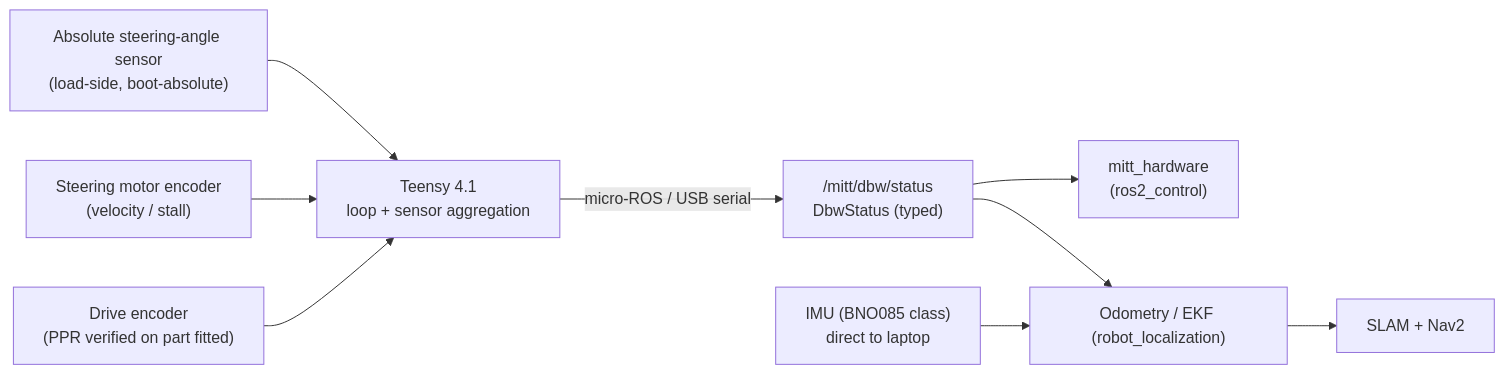
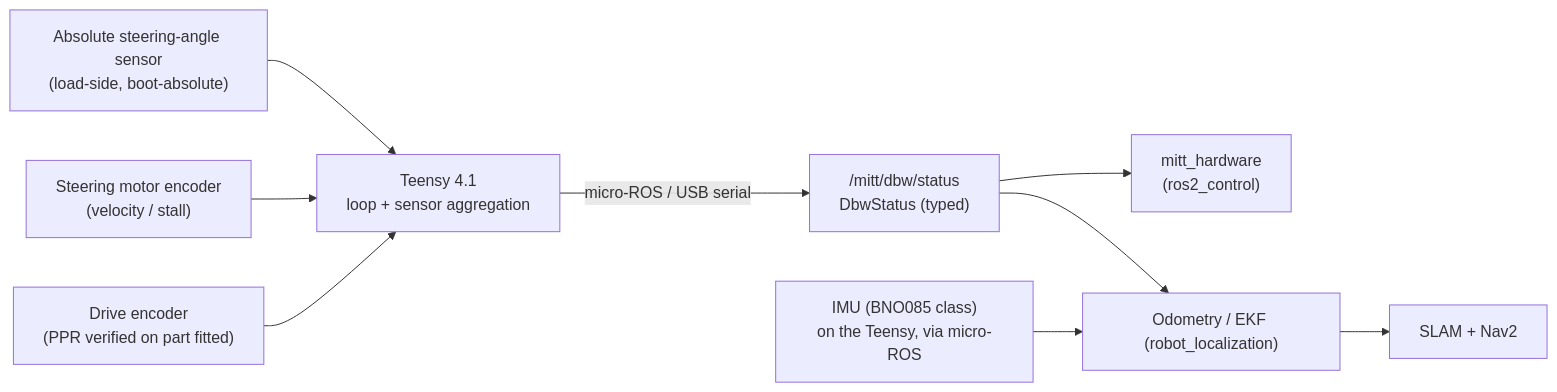
Before and after one commit to jrkwon/mrider: the second of 3 diagrams in docs/design/architecture.md, drawn with Mermaid. The commit also changed other lines of this file and 40 other files, not shown here.

First line of the commit message:
A launch for the real vehicle, a domain per vehicle, and the IMU on the Teensy

````diff
--- a/docs/design/architecture.md
+++ b/docs/design/architecture.md
@@ -146,17 +146,17 @@
 ```mermaid
 flowchart LR
     ANG["Absolute steering-angle sensor<br/>(load-side, boot-absolute)"]
     ENC_S["Steering motor encoder<br/>(velocity / stall)"]
     ENC_D["Drive encoder<br/>(PPR verified on part fitted)"]
 
     ANG --> TEENSY["Teensy 4.1<br/>loop + sensor aggregation"]
     ENC_S --> TEENSY
     ENC_D --> TEENSY
 
     TEENSY -- "micro-ROS / USB serial" --> ST["/mitt/dbw/status<br/>DbwStatus (typed)"]
 
     ST --> HW["mitt_hardware<br/>(ros2_control)"]
     ST --> ODO["Odometry / EKF (robot_localization)"]
-    IMU["IMU (BNO085 class)<br/>direct to laptop"] --> ODO
+    IMU["IMU (BNO085 class)<br/>on the Teensy, via micro-ROS"] --> ODO
     ODO --> NAV["SLAM + Nav2"]
 ```
````
